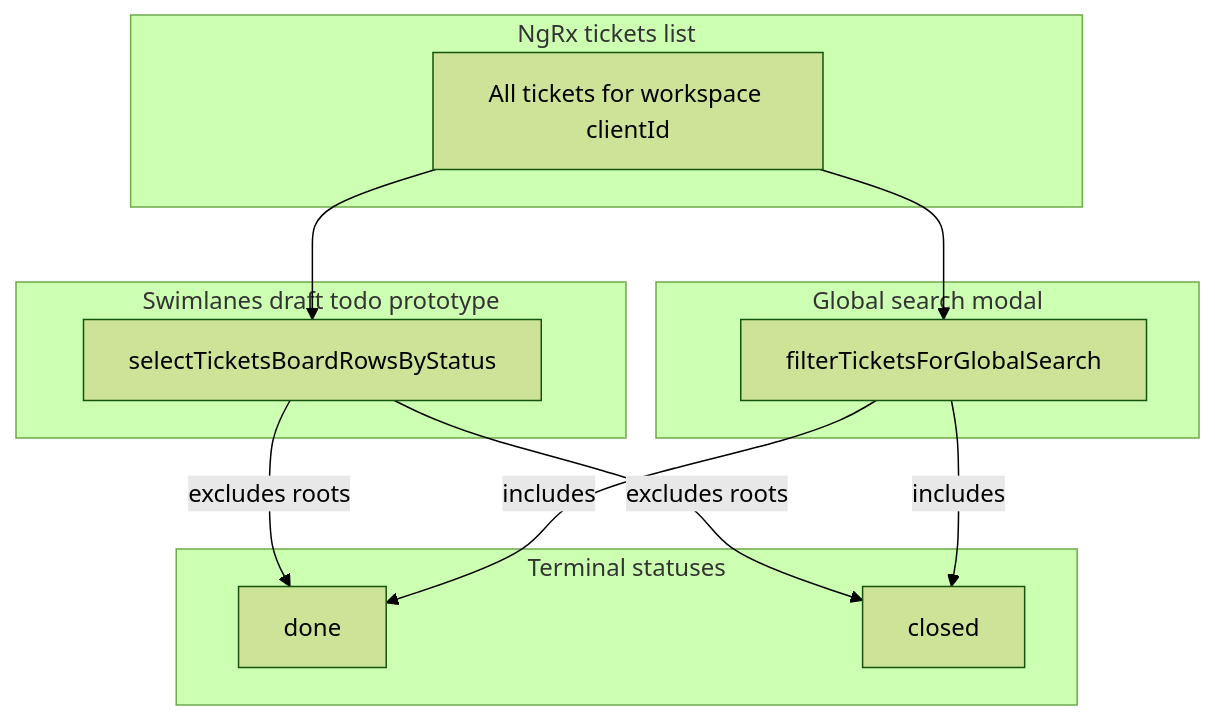
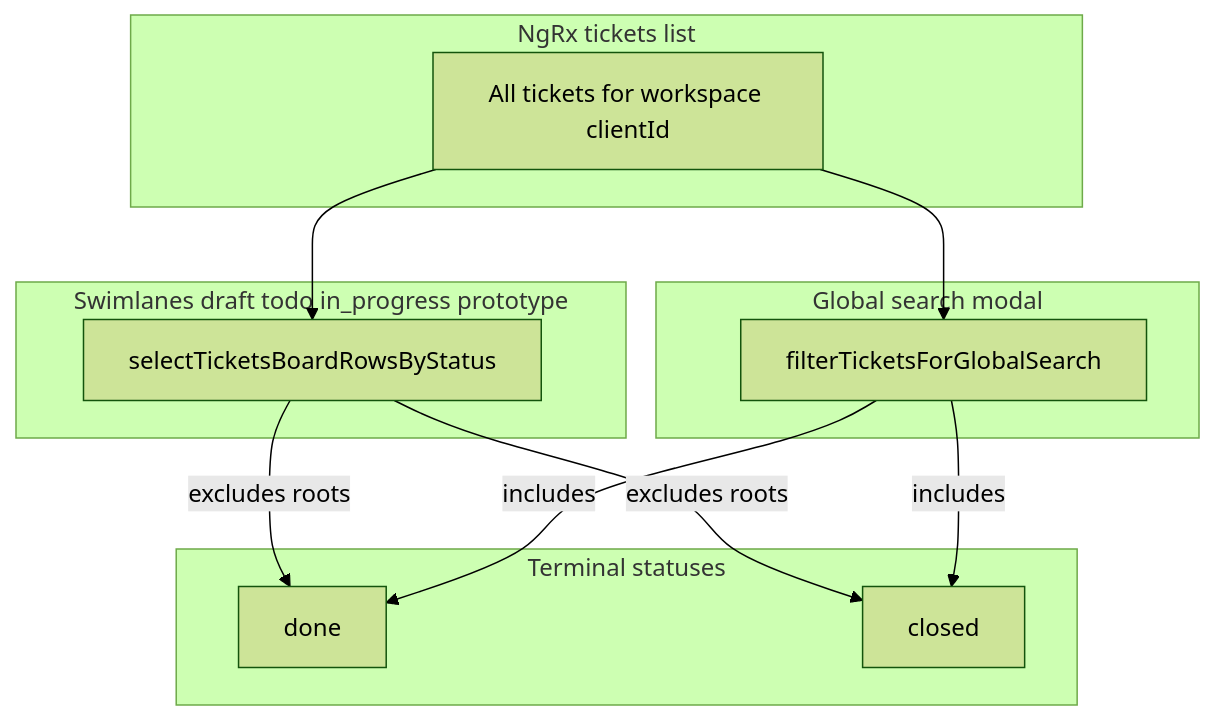
One commit to forepath/agenstra changed the diagram in libs/domains/framework/frontend/feature-agent-console/docs/tickets-board-search-and-status.mmd. Above: the diagram before and after it, drawn with Mermaid (forest theme). The commit also changed 13 other files, not shown here.

```diff
--- a/libs/domains/framework/frontend/feature-agent-console/docs/tickets-board-search-and-status.mmd
+++ b/libs/domains/framework/frontend/feature-agent-console/docs/tickets-board-search-and-status.mmd
@@ -1,20 +1,20 @@
 flowchart TB
   subgraph ngRx [NgRx tickets list]
     List[All tickets for workspace clientId]
   end
-  subgraph lanes [Swimlanes draft todo prototype]
+  subgraph lanes [Swimlanes draft todo in_progress prototype]
     Board[selectTicketsBoardRowsByStatus]
   end
   subgraph terminal [Terminal statuses]
     Done[done]
     Closed[closed]
   end
   subgraph search [Global search modal]
     Modal[filterTicketsForGlobalSearch]
   end
   List --> Board
   List --> Modal
   Board -->|excludes roots| Done
   Board -->|excludes roots| Closed
   Modal -->|includes| Done
   Modal -->|includes| Closed
```
